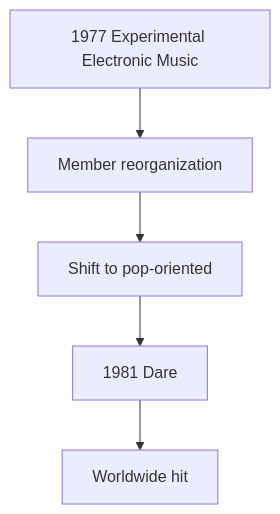
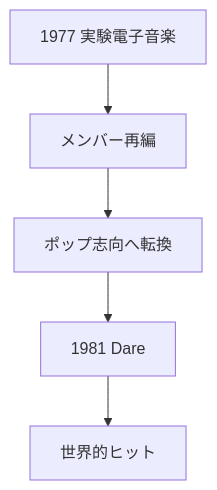
The first of 5 diagrams in en/_posts/2026-07-05-column-depache-mode-human-league.md (monumental-movement/monumental-movement.github.io), drawn with Mermaid before and after one commit. The commit also changed other lines of this file and 2196 other files, not shown here.

```diff
--- a/en/_posts/2026-07-05-column-depache-mode-human-league.md
+++ b/en/_posts/2026-07-05-column-depache-mode-human-league.md
@@ -60,7 +59,7 @@
 <div class="mermaid">
 graph TD
-A["1977 Experimental Electronic Music"] --> B["Member reorganization"]
-B --> C["Shift to pop-oriented"]
+A["1977 実験電子音楽"] --> B["メンバー再編"]
+B --> C["ポップ志向へ転換"]
 C --> D["1981 Dare"]
-D --> E["Worldwide hit"]
+D --> E["世界的ヒット"]
 </div>
```
